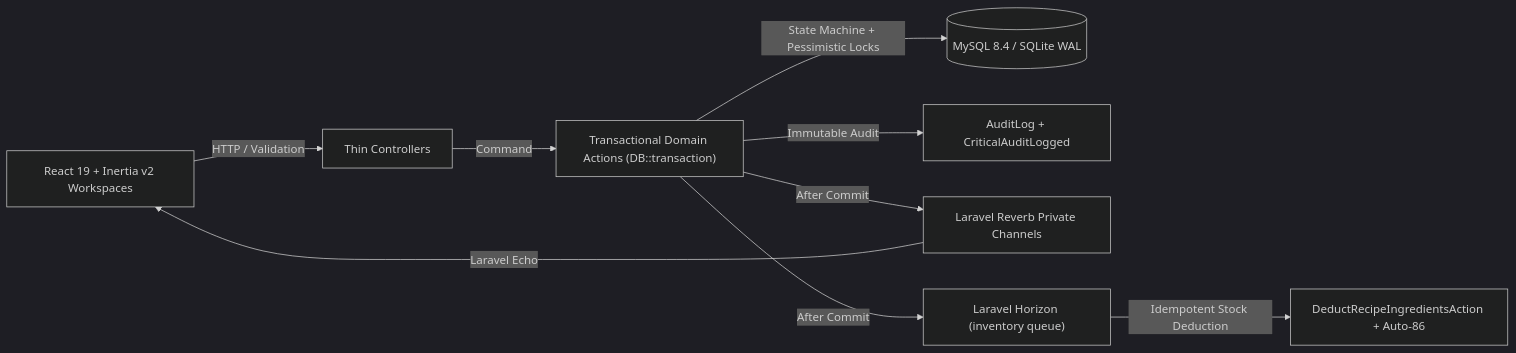
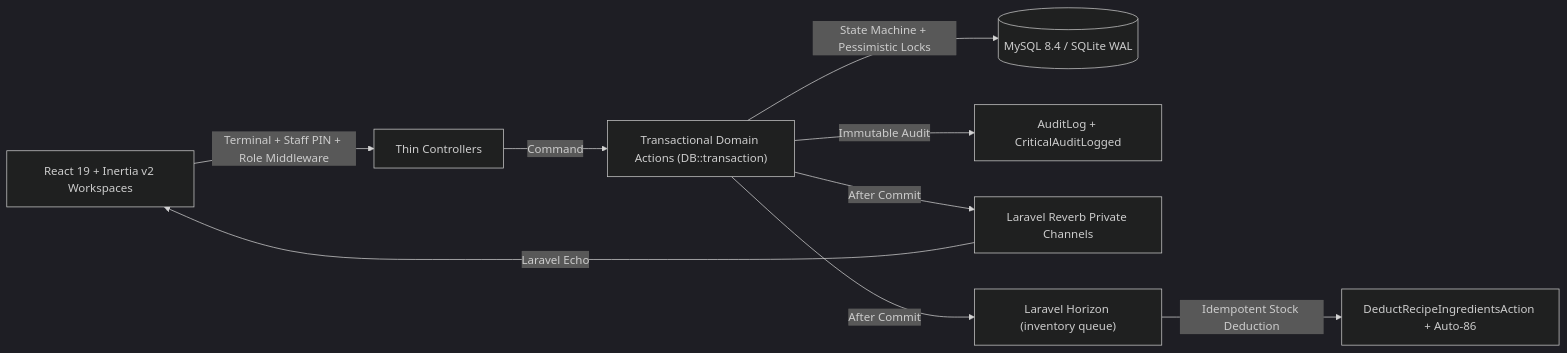
Before and after one commit to lazyimtiaz/Aurelia-Restaurant-POS: the diagram in README.md, drawn with Mermaid (dark theme). The commit also changed other lines of this file and 8 other files, not shown here.

Commit message:
test: rewrite HTTP feature suite for two-layer auth and role gates and update README

````diff
--- a/README.md
+++ b/README.md
@@ -40,11 +48,11 @@
 ```mermaid
 flowchart LR
-    UI["React 19 + Inertia v2 Workspaces"] -->|HTTP / Validation| CTRL["Thin Controllers"]
+    UI["React 19 + Inertia v2 Workspaces"] -->|Terminal + Staff PIN + Role Middleware| CTRL["Thin Controllers"]
     CTRL -->|Command| ACT["Transactional Domain Actions (DB::transaction)"]
     ACT -->|State Machine + Pessimistic Locks| DB[("MySQL 8.4 / SQLite WAL")]
     ACT -->|Immutable Audit| AUD["AuditLog + CriticalAuditLogged"]
     ACT -->|After Commit| RVB["Laravel Reverb Private Channels"]
     ACT -->|After Commit| HRZ["Laravel Horizon (inventory queue)"]
     HRZ -->|Idempotent Stock Deduction| INV["DeductRecipeIngredientsAction + Auto-86"]
     RVB -->|Laravel Echo| UI
 ```
````
